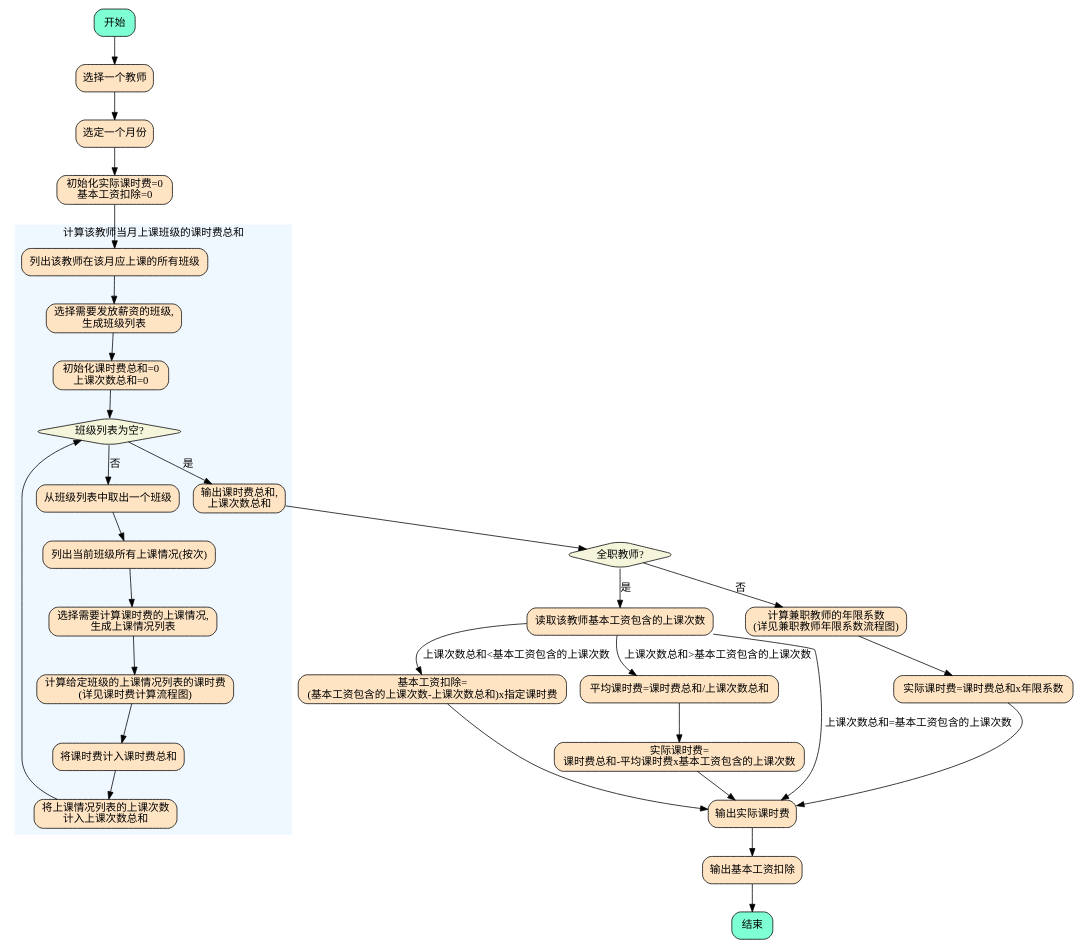
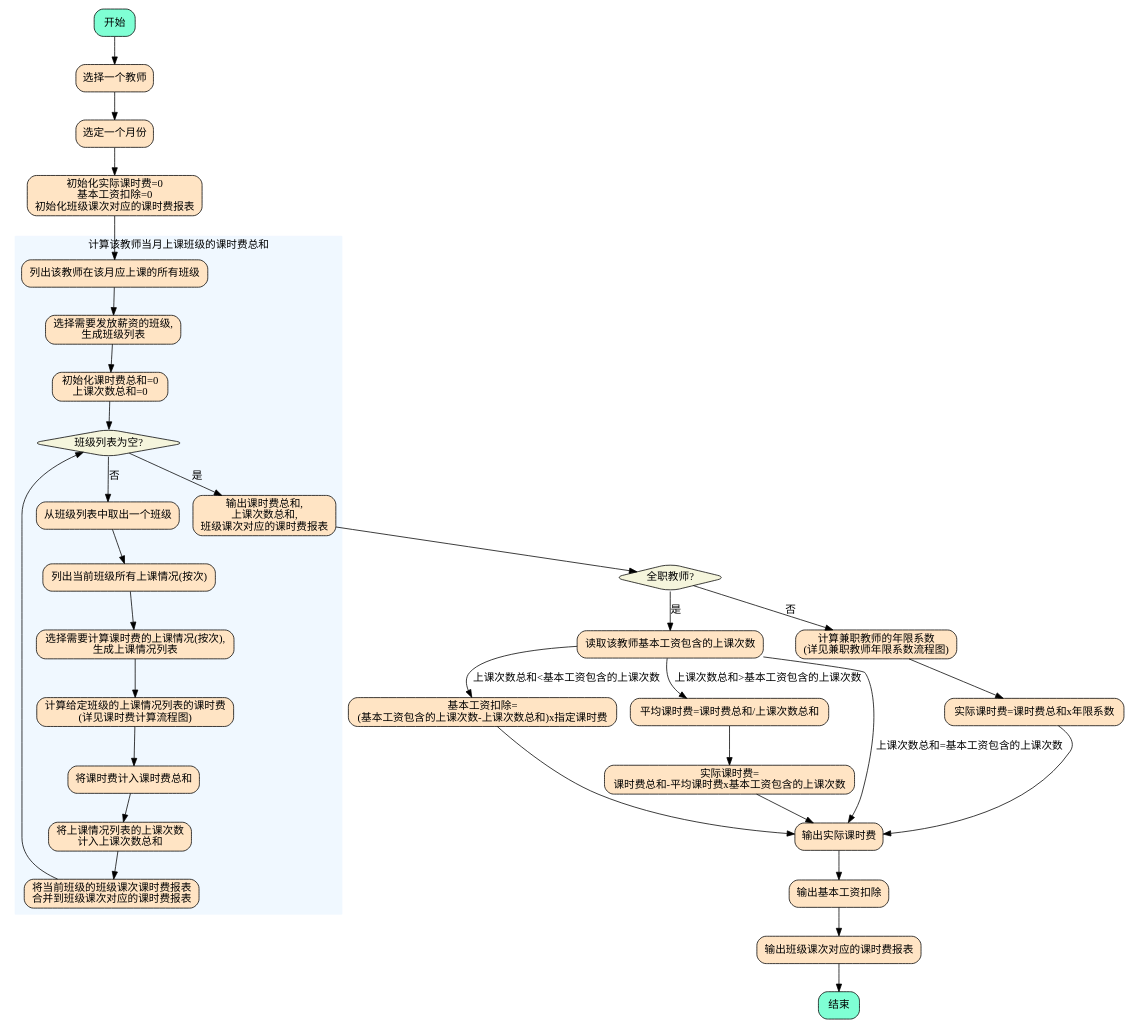
One commit to diandian888/mx-requirements changed the diagram in management-system/hr/pay/pay-for-class/svg/03.dot. Above: the diagram before and after it, drawn with Graphviz. The commit also changed 3 other files, not shown here.

```diff
--- a/management-system/hr/pay/pay-for-class/svg/03.dot
+++ b/management-system/hr/pay/pay-for-class/svg/03.dot
@@ -1,72 +1,74 @@
 digraph {
     node [shape="box", style="rounded,filled", fillcolor="aquamarine"]
         start[label="开始"];
         end[label="结束"];
 
     node [shape="box", style="rounded,filled", fillcolor="bisque"]
         s1[label="选择一个教师"];
         s2[label="选定一个月份"];
-        s3[label="初始化实际课时费=0\n基本工资扣除=0"];
+        s3[label="初始化实际课时费=0\n基本工资扣除=0\n初始化班级课次对应的课时费报表"];
         s_c1_y1[label="读取该教师基本工资包含的上课次数"];
         s_c1_n1[label="计算兼职教师的年限系数\n(详见兼职教师年限系数流程图)"];
         s_c1_n2[label="实际课时费=课时费总和x年限系数"];
         s_c1_y2_b[label="基本工资扣除=\n(基本工资包含的上课次数-上课次数总和)x指定课时费"];
         s_c1_y2_c1[label="平均课时费=课时费总和/上课次数总和"];
         s_c1_y2_c2[label="实际课时费=\n课时费总和-平均课时费x基本工资包含的上课次数"];
         s_c1_n2[label="实际课时费=课时费总和x年限系数"];
         s4[label="输出实际课时费"];
         s5[label="输出基本工资扣除"];
+        s6[label="输出班级课次对应的课时费报表"];
 
     node [shape="diamond", style="rounded,filled", fillcolor="beige"]
         c1[label="全职教师?"];
 
     subgraph cluster1 {
         label="计算该教师当月上课班级的课时费总和"
         style="filled";
         color="aliceblue";
 
         node [shape="box", style="rounded,filled", fillcolor="bisque"]
             sub1_s1[label="列出该教师在该月应上课的所有班级"];
             sub1_s2[label="选择需要发放薪资的班级,\n生成班级列表"];
             sub1_s3[label="初始化课时费总和=0\n上课次数总和=0"];
-            sub1_s_c1_y1[label="输出课时费总和,\n上课次数总和"];
+            sub1_s_c1_y1[label="输出课时费总和,\n上课次数总和,\n班级课次对应的课时费报表"];
             sub1_s_c1_n1[label="从班级列表中取出一个班级"];
             sub1_s_c1_n2[label="列出当前班级所有上课情况(按次)"]
-            sub1_s_c1_n3[label="选择需要计算课时费的上课情况,\n生成上课情况列表"];
+            sub1_s_c1_n3[label="选择需要计算课时费的上课情况(按次),\n生成上课情况列表"];
             sub1_s_c1_n4[label="计算给定班级的上课情况列表的课时费\n(详见课时费计算流程图)"];
             sub1_s_c1_n5[label="将课时费计入课时费总和"];
             sub1_s_c1_n6[label="将上课情况列表的上课次数\n计入上课次数总和"];
+            sub1_s_c1_n7[label="将当前班级的班级课次课时费报表\n合并到班级课次对应的课时费报表"];
 
         node [shape="diamond", style="rounded,filled", fillcolor="beige"]
             sub1_c1[label="班级列表为空?"];
 
         sub1_s1 -> sub1_s2 -> sub1_s3 -> sub1_c1;
 
         sub1_c1 -> sub1_s_c1_y1[label="是"];
         sub1_c1 -> sub1_s_c1_n1[label="否"];
 
-        sub1_s_c1_n1 -> sub1_s_c1_n2 -> sub1_s_c1_n3 -> sub1_s_c1_n4 -> sub1_s_c1_n5 -> sub1_s_c1_n6;
-        sub1_s_c1_n6 -> sub1_c1;
+        sub1_s_c1_n1 -> sub1_s_c1_n2 -> sub1_s_c1_n3 -> sub1_s_c1_n4 -> sub1_s_c1_n5 -> sub1_s_c1_n6 -> sub1_s_c1_n7;
+        sub1_s_c1_n7 -> sub1_c1;
     }
     
     start -> s1 -> s2 -> s3 -> sub1_s1;
     sub1_s_c1_y1 -> c1;
     
     c1 -> s_c1_y1[label="是"];
     c1 -> s_c1_n1[label="否"];
 
     // 全职教师
     s_c1_y1 -> s4[label="上课次数总和=基本工资包含的上课次数"]; 
     s_c1_y1 -> s_c1_y2_b[label="上课次数总和<基本工资包含的上课次数"];
     s_c1_y1 -> s_c1_y2_c1[label="上课次数总和>基本工资包含的上课次数"];
 
-    s4 -> s5 -> end;
+    s4 -> s5 -> s6 -> end;
     s_c1_y2_b -> s4;
     s_c1_y2_c1 -> s_c1_y2_c2 -> s4;
 
     // 兼职教师
     s_c1_n1 -> s_c1_n2;
     s_c1_n2 -> s4;
  
     {rank=max end}
 }
```
